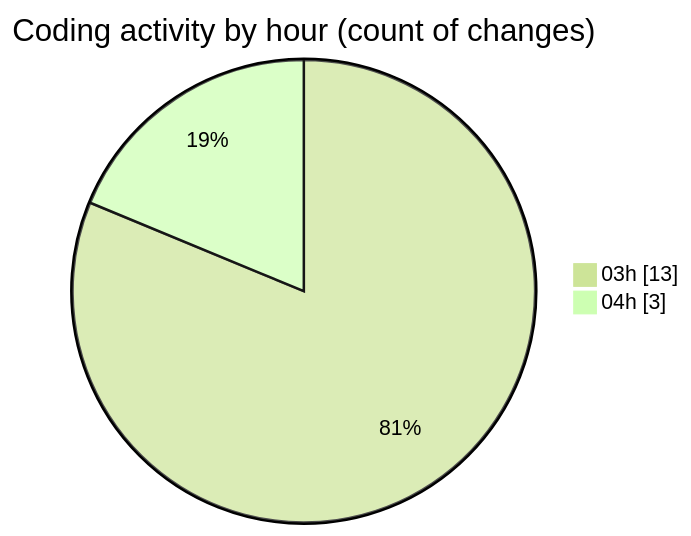
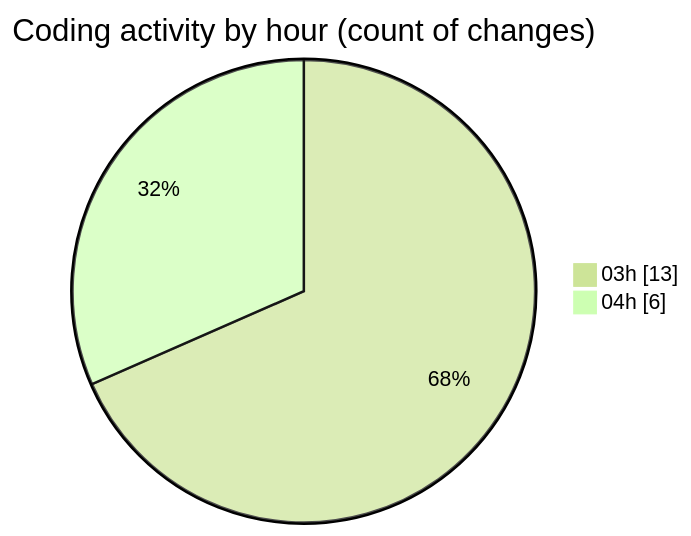
One commit to shibass792/code-tracking changed the second of 2 diagrams in 2026-07-15/shibass-ai/README.md. Above: the diagram before and after it, drawn with Mermaid (forest theme). The commit also changed other lines of this file and 1 other file, not shown here.

````diff
--- a/2026-07-15/shibass-ai/README.md
+++ b/2026-07-15/shibass-ai/README.md
@@ -34,6 +36,6 @@
 ```mermaid
 pie showData
 title Coding activity by hour (count of changes)
 "03h" : 13
-"04h" : 3
+"04h" : 6
 ```
````
